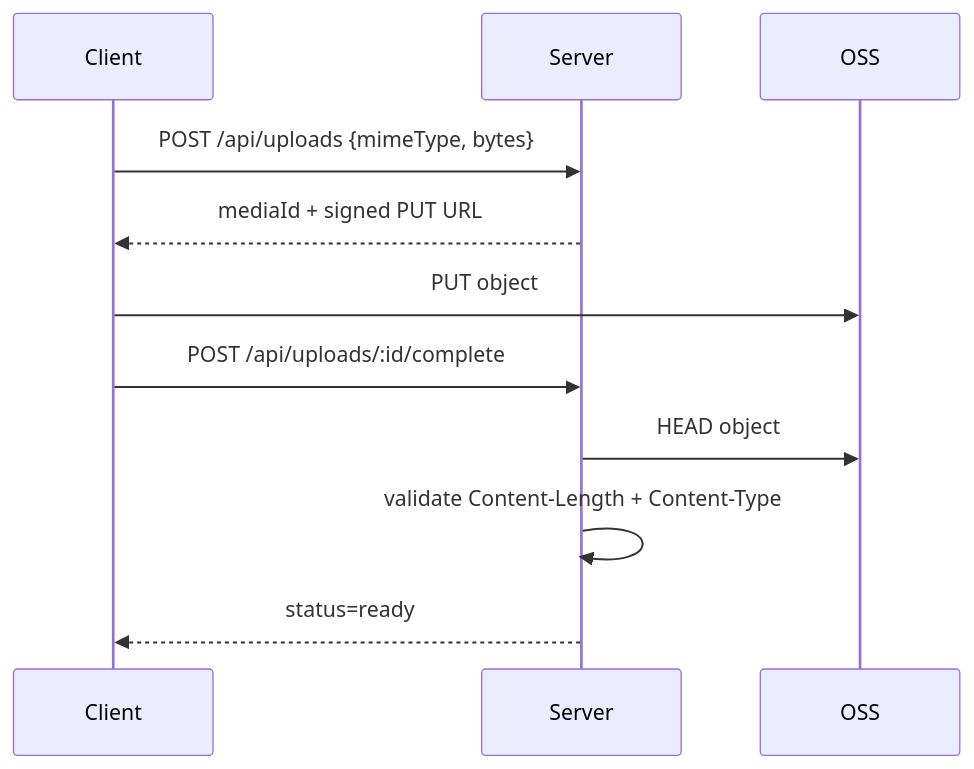
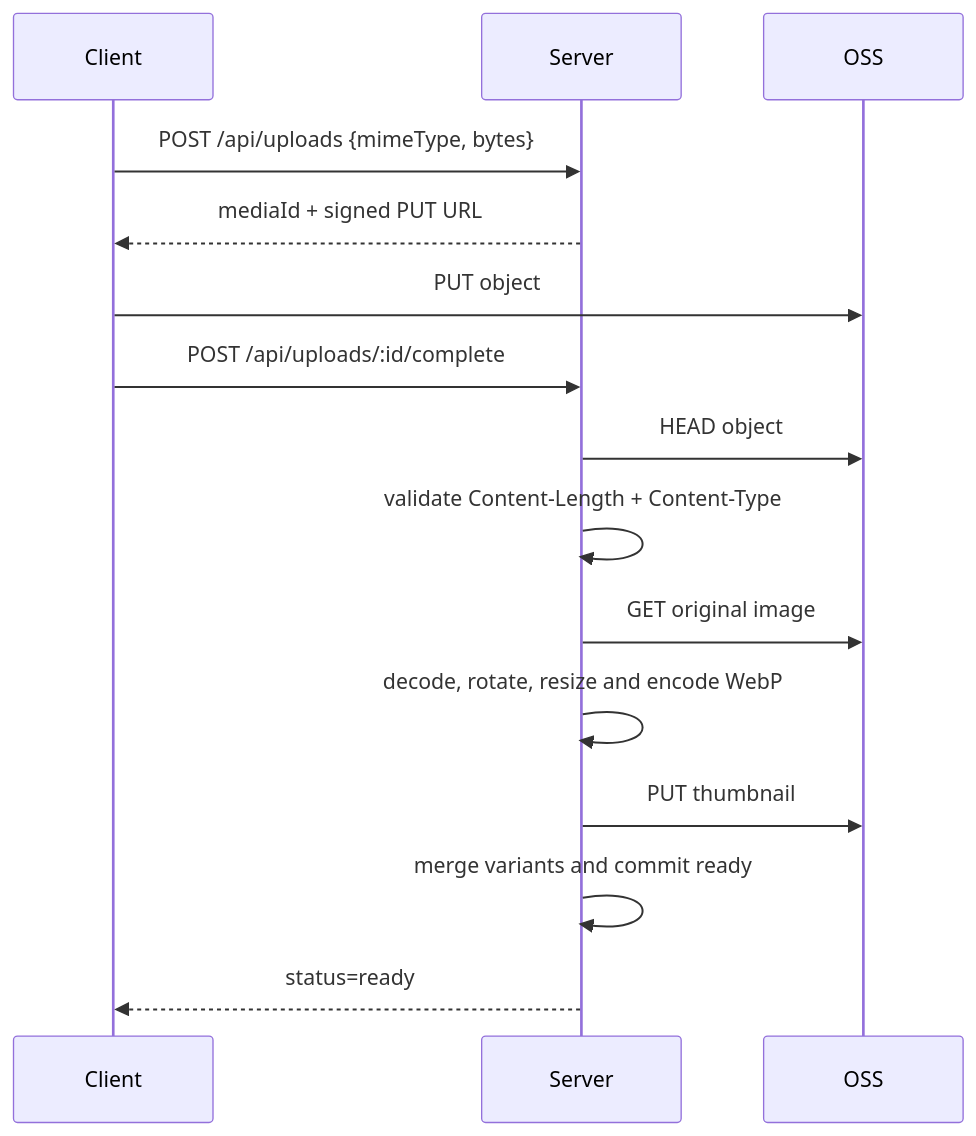
The diagram in docs/domain/media.md (huiru-wang/fanto), drawn with Mermaid before and after one commit. The commit also changed other lines of this file and 155 other files, not shown here.

First line of the commit message:
feat: store media thumbnails and remove legacy task flows

````diff
--- a/docs/domain/media.md
+++ b/docs/domain/media.md
@@ -16,14 +16,18 @@
 ```mermaid
 sequenceDiagram
   participant C as Client
   participant S as Server
   participant O as OSS
 
   C->>S: POST /api/uploads {mimeType, bytes}
   S-->>C: mediaId + signed PUT URL
   C->>O: PUT object
   C->>S: POST /api/uploads/:id/complete
   S->>O: HEAD object
   S->>S: validate Content-Length + Content-Type
+  S->>O: GET original image
+  S->>S: decode, rotate, resize and encode WebP
+  S->>O: PUT thumbnail
+  S->>S: merge variants and commit ready
   S-->>C: status=ready
 ```
````
